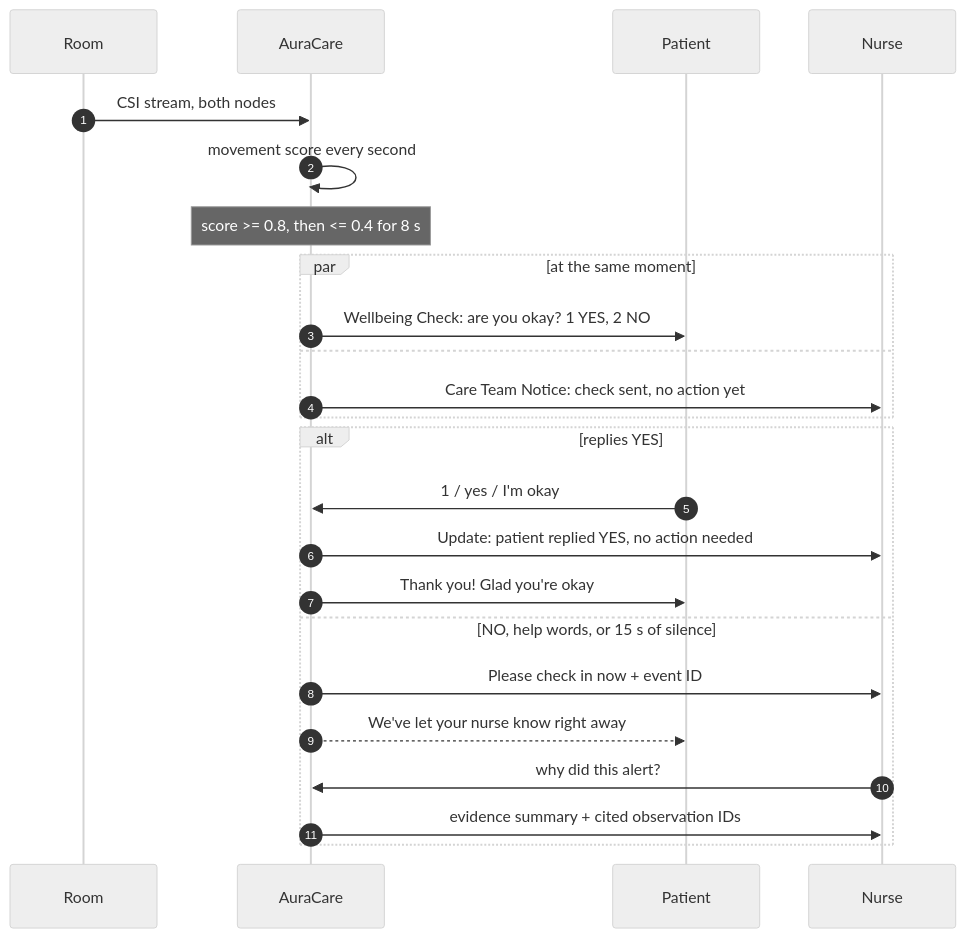
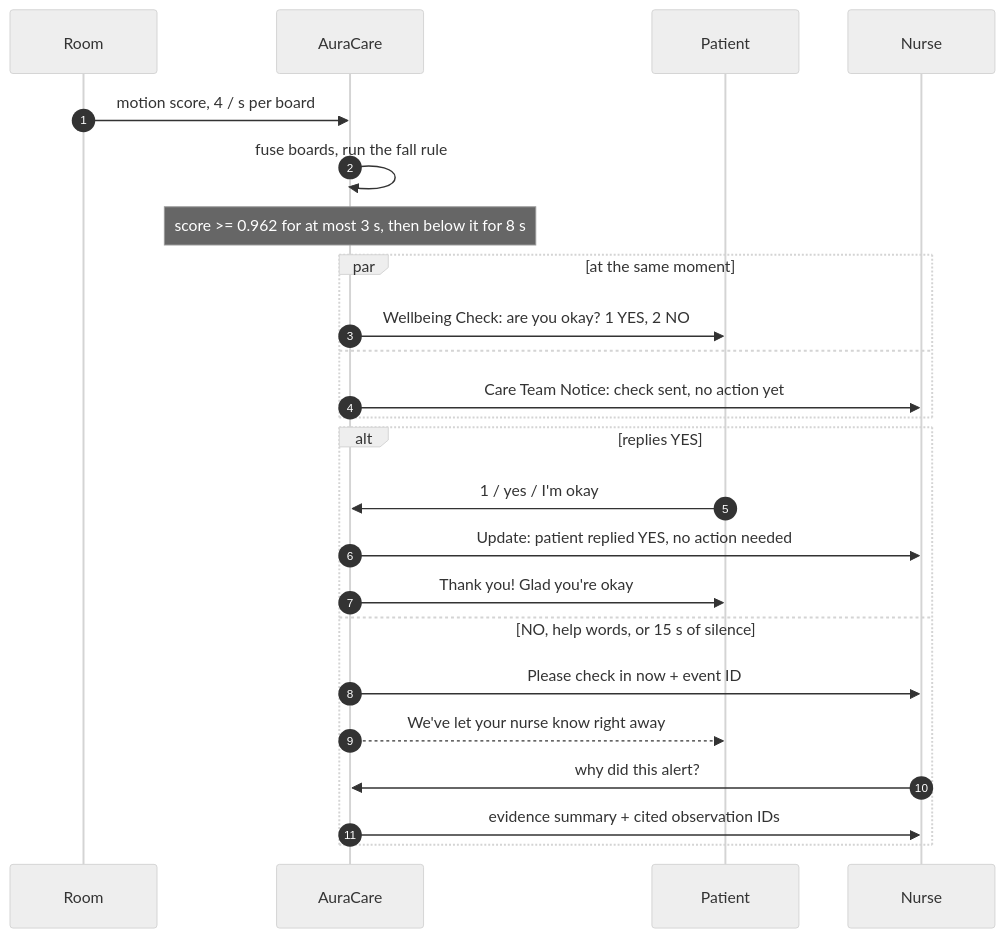
The second of 2 diagrams in README.md (NullPranaya/WiCare), drawn with Mermaid (neutral theme) before and after one commit. The commit also changed other lines of this file and 13 other files, not shown here.

Commit message:
Live sensing from the team's ESPectre boards: burst-then-stillness rule, two-board fusion, session recording

````diff
--- a/README.md
+++ b/README.md
@@ -131,26 +128,26 @@
 ```mermaid
 sequenceDiagram
     autonumber
     participant R as Room
     participant A as AuraCare
     participant P as Patient
     participant C as Nurse
-    R->>A: CSI stream, both nodes
-    A->>A: movement score every second
-    Note over A: score >= 0.8, then <= 0.4 for 8 s
+    R->>A: motion score, 4 / s per board
+    A->>A: fuse boards, run the fall rule
+    Note over A: score >= 0.962 for at most 3 s, then below it for 8 s
     par at the same moment
         A->>P: Wellbeing Check: are you okay? 1 YES, 2 NO
     and
         A->>C: Care Team Notice: check sent, no action yet
     end
     alt replies YES
         P->>A: 1 / yes / I'm okay
         A->>C: Update: patient replied YES, no action needed
         A->>P: Thank you! Glad you're okay
     else NO, help words, or 15 s of silence
         A->>C: Please check in now + event ID
         A-->>P: We've let your nurse know right away
         C->>A: why did this alert?
         A->>C: evidence summary + cited observation IDs
     end
 ```
````
